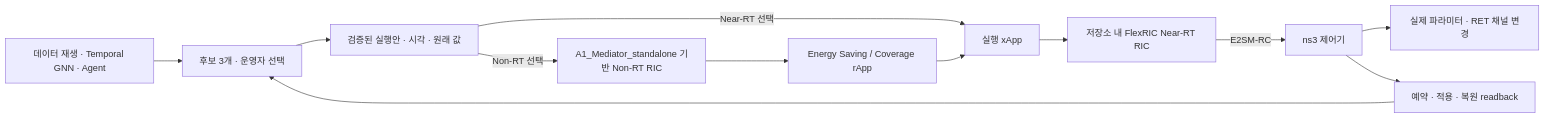
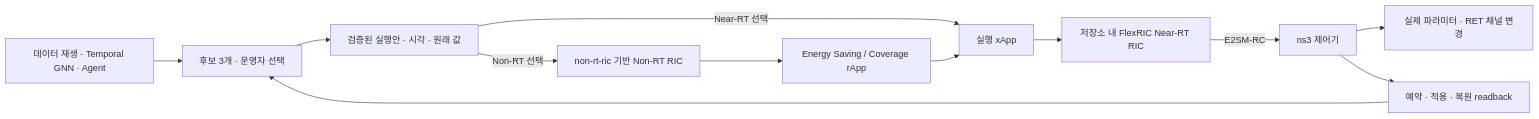
Before and after one commit to gksyb4235/sionna-LENA-oran-flexric-smo: the diagram in AGORA.md, drawn with Mermaid. The commit also changed other lines of this file and 5358 other files, not shown here.

````diff
--- a/AGORA.md
+++ b/AGORA.md
@@ -48,14 +56,14 @@
 ```mermaid
 flowchart LR
   A[데이터 재생 · Temporal GNN · Agent] --> B[후보 3개 · 운영자 선택]
   B --> C[검증된 실행안 · 시각 · 원래 값]
   C -->|Near-RT 선택| X[실행 xApp]
-  C -->|Non-RT 선택| P[A1_Mediator_standalone 기반 Non-RT RIC]
+  C -->|Non-RT 선택| P[non-rt-ric 기반 Non-RT RIC]
   P --> RA[Energy Saving / Coverage rApp]
   RA --> X
   X --> R[저장소 내 FlexRIC Near-RT RIC]
   R -->|E2SM-RC| N[ns3 제어기]
   N --> V[실제 파라미터 · RET 채널 변경]
   N --> S[예약 · 적용 · 복원 readback]
   S --> B
 ```
````
